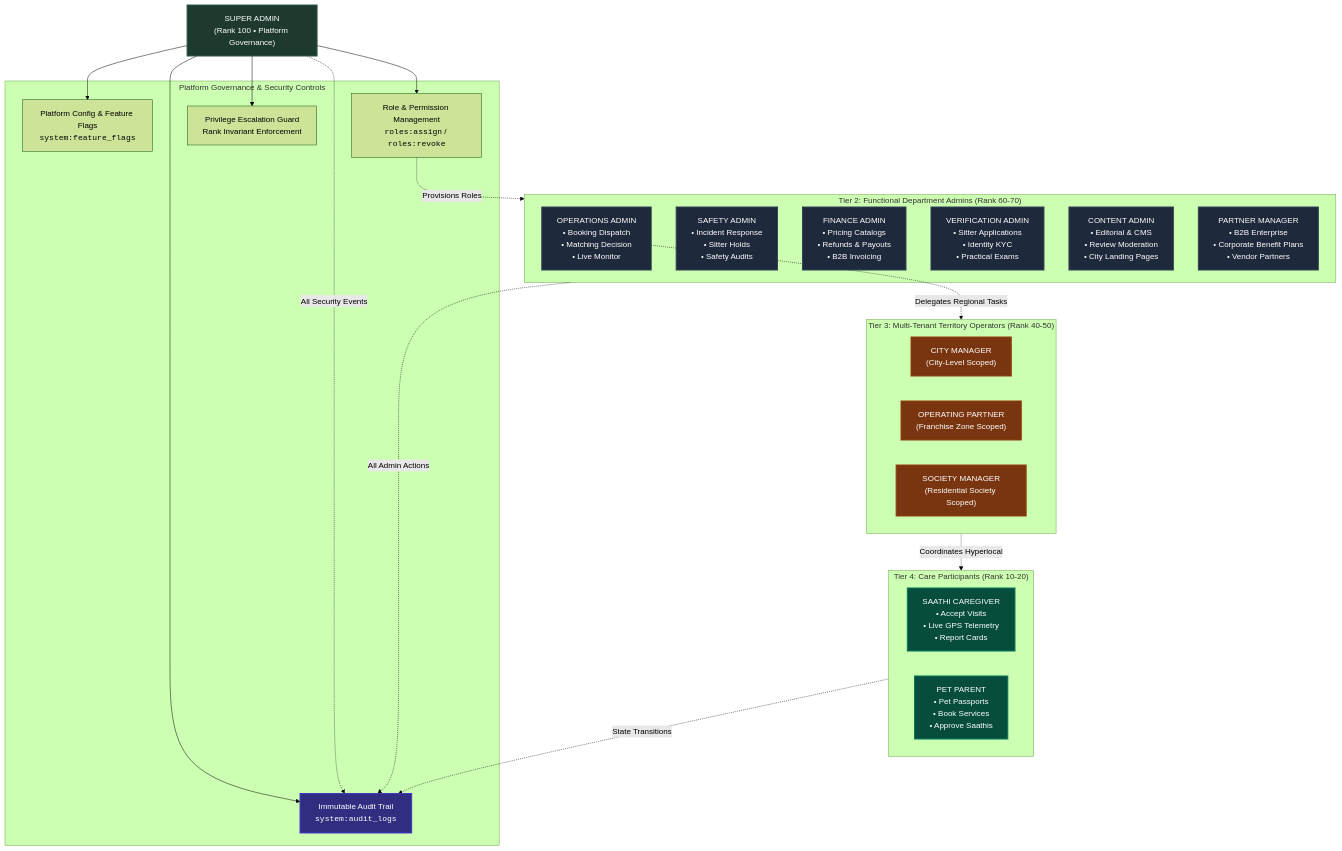
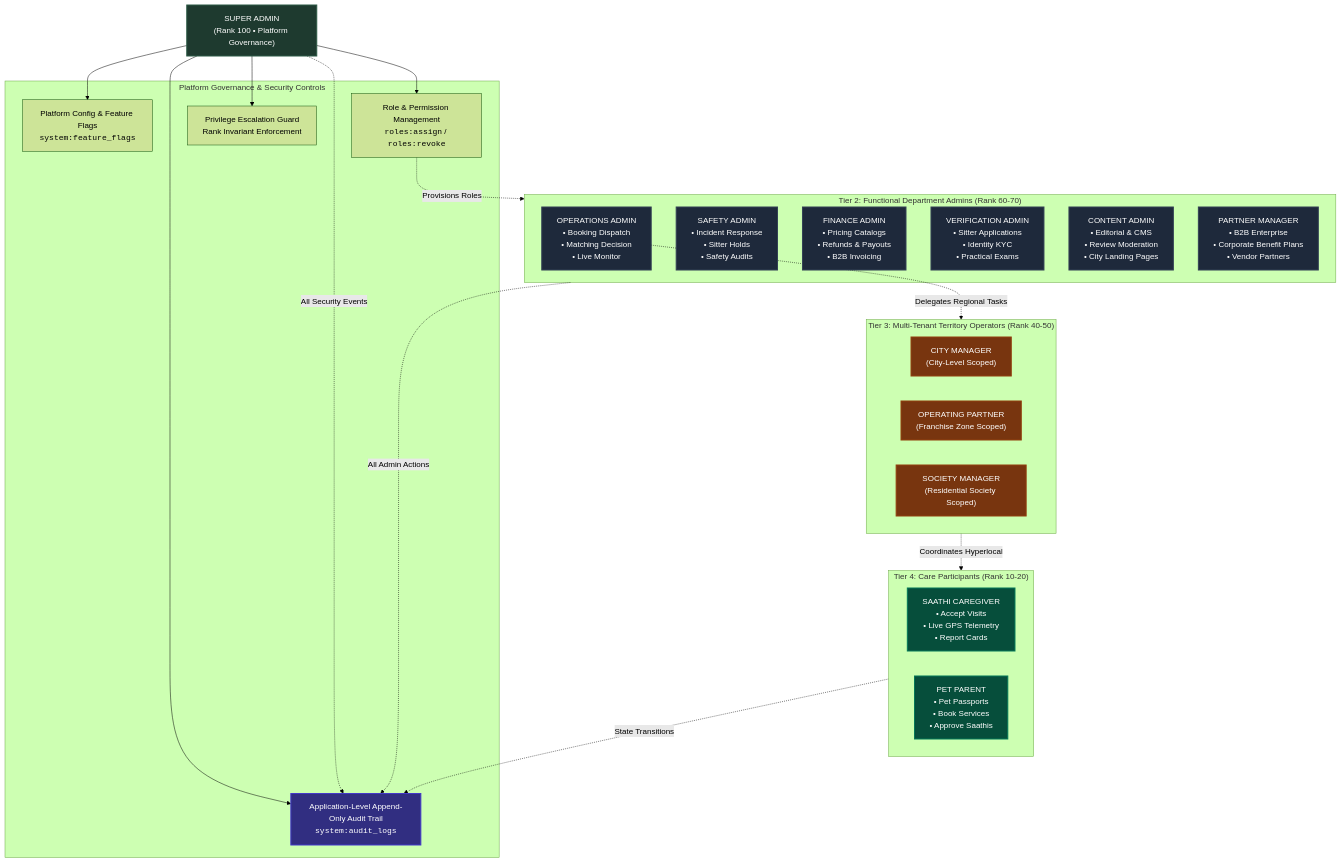
One commit to senjaliyaprince03-rgb/PetSaathi changed the first of 2 diagrams in RBAC_ARCHITECTURE.md. Above: the diagram before and after it, drawn with Mermaid (forest theme). The commit also changed other lines of this file, not shown here.

Commit message:
docs(rbac): harmonize audit trail terminology to application-level append-only

````diff
--- a/RBAC_ARCHITECTURE.md
+++ b/RBAC_ARCHITECTURE.md
@@ -20,53 +20,53 @@
 ```mermaid
 flowchart TD
     classDef superAdmin fill:#1e3a2f,stroke:#2d5a46,color:#ffffff,stroke-width:2px;
     classDef deptAdmin fill:#1e293b,stroke:#334155,color:#ffffff,stroke-width:2px;
     classDef territory fill:#78350f,stroke:#92400e,color:#ffffff,stroke-width:2px;
     classDef endUser fill:#064e3b,stroke:#047857,color:#ffffff,stroke-width:2px;
     classDef audit fill:#312e81,stroke:#4338ca,color:#ffffff,stroke-width:2px;
 
     SA["SUPER ADMIN<br/>(Rank 100 • Platform Governance)"]:::superAdmin
 
     subgraph GovernanceAuthority["Platform Governance & Security Controls"]
         PC["Platform Config & Feature Flags<br/><code>system:feature_flags</code>"]
         RA["Role & Permission Management<br/><code>roles:assign</code> / <code>roles:revoke</code>"]
-        AL["Immutable Audit Trail<br/><code>system:audit_logs</code>"]:::audit
+        AL["Application-Level Append-Only Audit Trail<br/><code>system:audit_logs</code>"]:::audit
         PE["Privilege Escalation Guard<br/>Rank Invariant Enforcement"]
     end
 
     SA --> PC
     SA --> RA
     SA --> AL
     SA --> PE
 
     subgraph DepartmentAdmins["Tier 2: Functional Department Admins (Rank 60-70)"]
         OA["OPERATIONS ADMIN<br/>• Booking Dispatch<br/>• Matching Decision<br/>• Live Monitor"]:::deptAdmin
         SA_ADMIN["SAFETY ADMIN<br/>• Incident Response<br/>• Sitter Holds<br/>• Safety Audits"]:::deptAdmin
         FA["FINANCE ADMIN<br/>• Pricing Catalogs<br/>• Refunds & Payouts<br/>• B2B Invoicing"]:::deptAdmin
         VA["VERIFICATION ADMIN<br/>• Sitter Applications<br/>• Identity KYC<br/>• Practical Exams"]:::deptAdmin
         CA["CONTENT ADMIN<br/>• Editorial & CMS<br/>• Review Moderation<br/>• City Landing Pages"]:::deptAdmin
         PM["PARTNER MANAGER<br/>• B2B Enterprise<br/>• Corporate Benefit Plans<br/>• Vendor Partners"]:::deptAdmin
     end
 
     RA -.->|Provisions Roles| DepartmentAdmins
 
     subgraph TerritoryOperators["Tier 3: Multi-Tenant Territory Operators (Rank 40-50)"]
         CM["CITY MANAGER<br/>(City-Level Scoped)"]:::territory
         OP["OPERATING PARTNER<br/>(Franchise Zone Scoped)"]:::territory
         SM["SOCIETY MANAGER<br/>(Residential Society Scoped)"]:::territory
     end
 
     OA -.->|Delegates Regional Tasks| TerritoryOperators
 
     subgraph CareParticipants["Tier 4: Care Participants (Rank 10-20)"]
         SITTER["SAATHI CAREGIVER<br/>• Accept Visits<br/>• Live GPS Telemetry<br/>• Report Cards"]:::endUser
         CUSTOMER["PET PARENT<br/>• Pet Passports<br/>• Book Services<br/>• Approve Saathis"]:::endUser
     end
 
     TerritoryOperators -.->|Coordinates Hyperlocal| CareParticipants
 
     %% Audit Log Connections
     SA -.->|All Security Events| AL
     DepartmentAdmins -.->|All Admin Actions| AL
     CareParticipants -.->|State Transitions| AL
 ```
````
